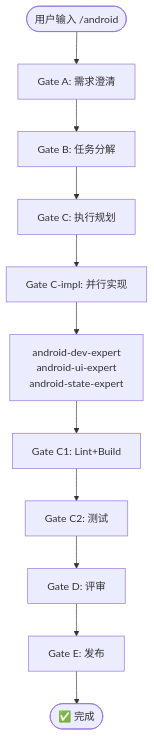
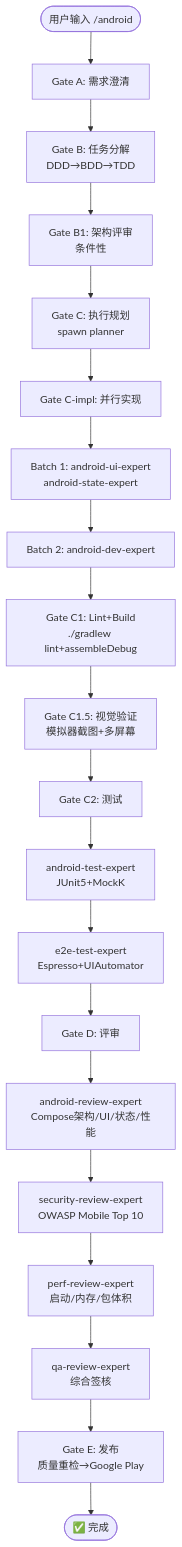
One commit to Wjl1224734792/Jarvis-Agent-Factory changed the diagram in docs/flows/android.md. Above: the diagram before and after it, drawn with Mermaid. The commit also changed 6 other files, not shown here.

First line of the commit message:
docs: 更新移动端/跨端流程图为完整12门序列

````diff
--- a/docs/flows/android.md
+++ b/docs/flows/android.md
@@ -3,13 +3,22 @@
 ```mermaid
 flowchart TD
     START([用户输入 /android]) --> A[Gate A: 需求澄清]
-    A --> B[Gate B: 任务分解]
-    B --> C[Gate C: 执行规划]
+    A --> B[Gate B: 任务分解<br/>DDD→BDD→TDD]
+    B --> B1[Gate B1: 架构评审<br/>条件性]
+    B1 --> C[Gate C: 执行规划<br/>spawn planner]
     C --> CI[Gate C-impl: 并行实现]
-    CI --> CI1[android-dev-expert<br/>android-ui-expert<br/>android-state-expert]
-    CI1 --> C1[Gate C1: Lint+Build]
-    C1 --> C2[Gate C2: 测试]
-    C2 --> D[Gate D: 评审]
-    D --> E[Gate E: 发布]
+    CI --> CI1[Batch 1: android-ui-expert<br/>android-state-expert]
+    CI1 --> CI2[Batch 2: android-dev-expert]
+    CI2 --> C1[Gate C1: Lint+Build<br/>./gradlew lint+assembleDebug]
+    C1 --> C15[Gate C1.5: 视觉验证<br/>模拟器截图+多屏幕]
+    C15 --> C2[Gate C2: 测试]
+    C2 --> C2A[android-test-expert<br/>JUnit5+MockK]
+    C2A --> C2B[e2e-test-expert<br/>Espresso+UIAutomator]
+    C2B --> D[Gate D: 评审]
+    D --> D1[android-review-expert<br/>Compose架构/UI/状态/性能]
+    D1 --> D2[security-review-expert<br/>OWASP Mobile Top 10]
+    D2 --> D3[perf-review-expert<br/>启动/内存/包体积]
+    D3 --> D4[qa-review-expert<br/>综合签核]
+    D4 --> E[Gate E: 发布<br/>质量重检→Google Play]
     E --> DONE([✅ 完成])
 ```
````
